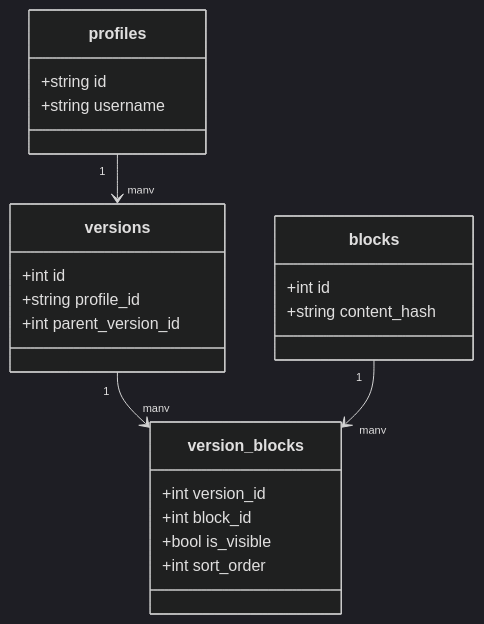
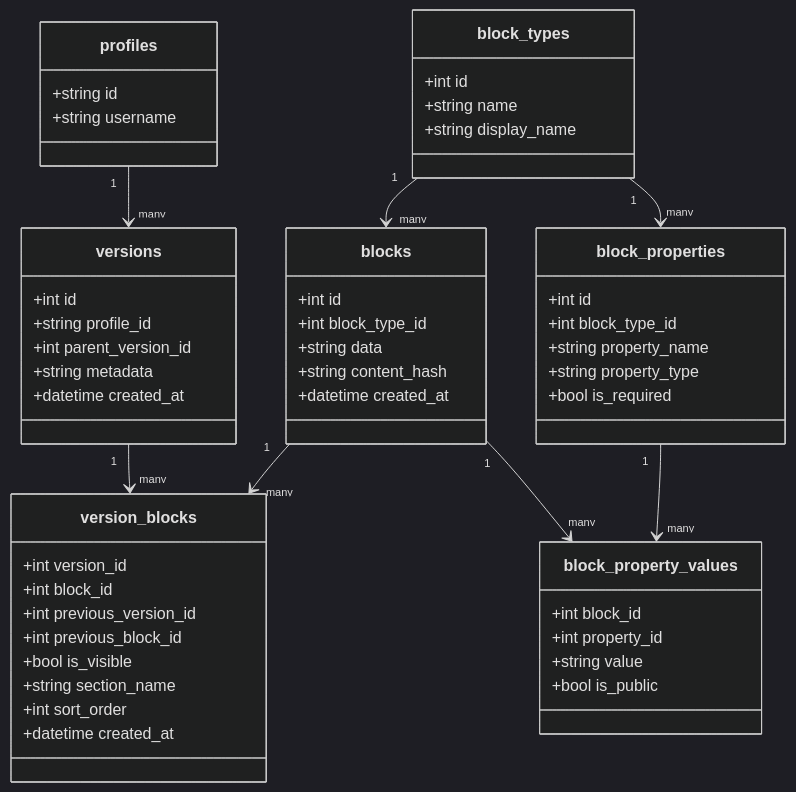
The first of 2 diagrams in README.md (Sherlemious/Monolenz), drawn with Mermaid (dark theme) before and after one commit. The commit also changed other lines of this file, not shown here.

First line of the commit message:
docs: restore architecture, project structure, and versioning diagrams

````diff
--- a/README.md
+++ b/README.md
@@ -75,26 +180,57 @@
 ```mermaid
 classDiagram
   class profiles {
     +string id
     +string username
   }
   class versions {
     +int id
     +string profile_id
     +int parent_version_id
+    +string metadata
+    +datetime created_at
   }
   class version_blocks {
     +int version_id
     +int block_id
+    +int previous_version_id
+    +int previous_block_id
     +bool is_visible
+    +string section_name
     +int sort_order
+    +datetime created_at
   }
   class blocks {
     +int id
+    +int block_type_id
+    +string data
     +string content_hash
+    +datetime created_at
+  }
+  class block_types {
+    +int id
+    +string name
+    +string display_name
+  }
+  class block_properties {
+    +int id
+    +int block_type_id
+    +string property_name
+    +string property_type
+    +bool is_required
+  }
+  class block_property_values {
+    +int block_id
+    +int property_id
+    +string value
+    +bool is_public
   }
 
   profiles "1" --> "many" versions
   versions "1" --> "many" version_blocks
   blocks "1" --> "many" version_blocks
+  block_types "1" --> "many" blocks
+  block_types "1" --> "many" block_properties
+  blocks "1" --> "many" block_property_values
+  block_properties "1" --> "many" block_property_values
 ```
````
